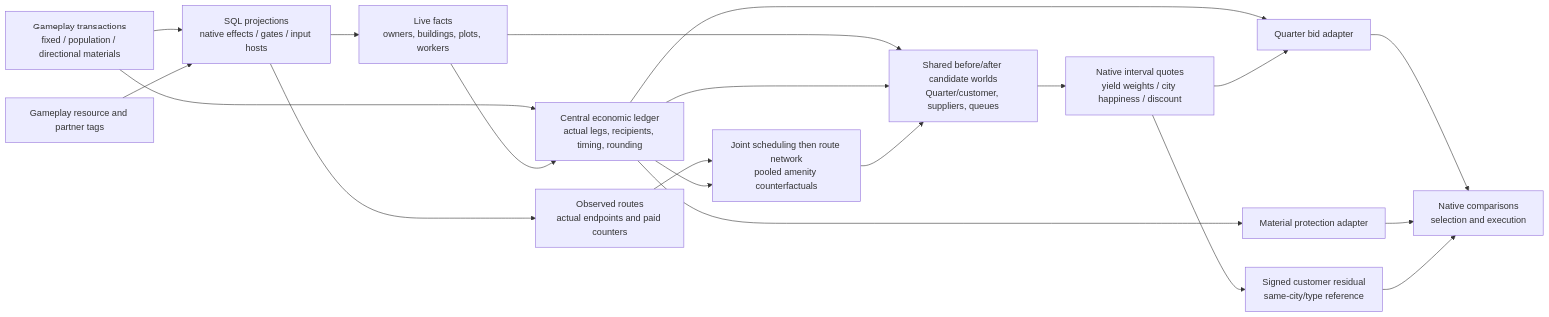
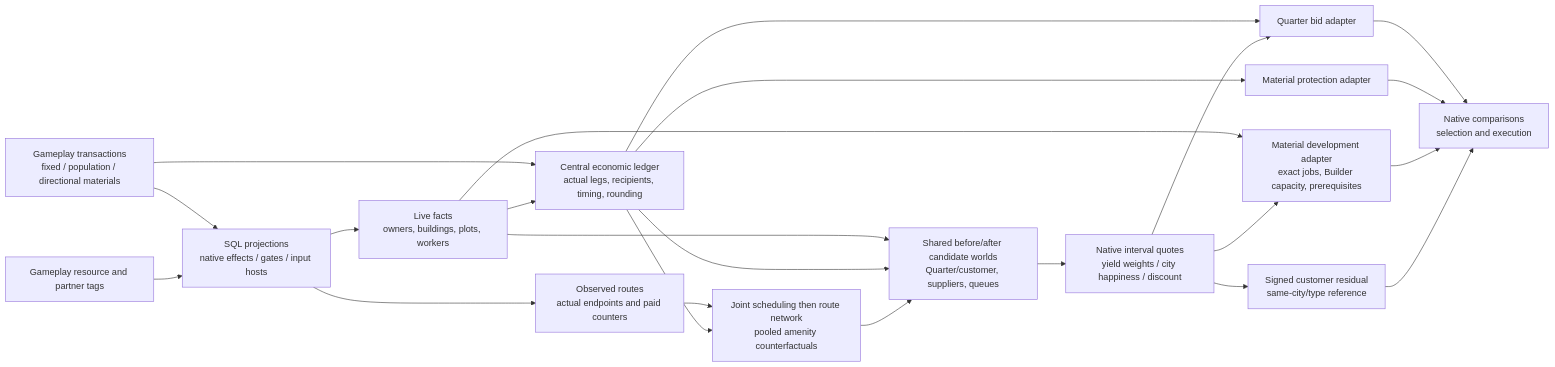
Before and after one commit to hennogous/Henno-Mods: the first of 2 diagrams in project/docs/civ6-ai/architecture.md, drawn with Mermaid. The commit also changed other lines of this file and 21 other files, not shown here.

Commit message:
Record CSC material development and Builder scheduling research

````diff
--- a/project/docs/civ6-ai/architecture.md
+++ b/project/docs/civ6-ai/architecture.md
@@ -43,32 +43,35 @@
 ```mermaid
 flowchart LR
     DECL["Gameplay transactions<br/>fixed / population / directional materials"]
     TAG["Gameplay resource and partner tags"]
     GEN["SQL projections<br/>native effects / gates / input hosts"]
     LIVE["Live facts<br/>owners, buildings, plots, workers"]
     MODEL["Central economic ledger<br/>actual legs, recipients, timing, rounding"]
     Q["Quarter bid adapter"]
     P["Material protection adapter"]
+    D["Material development adapter<br/>exact jobs, Builder capacity, prerequisites"]
     C["Signed customer residual<br/>same-city/type reference"]
     R["Observed routes<br/>actual endpoints and paid counters"]
     T["Joint scheduling then route network<br/>pooled amenity counterfactuals"]
     W["Shared before/after candidate worlds<br/>Quarter/customer, suppliers, queues"]
     PRICE["Native interval quotes<br/>yield weights / city happiness / discount"]
     N["Native comparisons<br/>selection and execution"]
     DECL --> GEN
     TAG --> GEN
     GEN --> LIVE
     DECL --> MODEL
     LIVE --> MODEL
     MODEL --> Q --> N
     MODEL --> P --> N
+    LIVE --> D --> N
     GEN --> R
     R --> T
     MODEL --> T
     LIVE --> W
     MODEL --> W
     T --> W
     W --> PRICE
     PRICE --> C --> N
     PRICE --> Q
+    PRICE --> D
 ```
````
